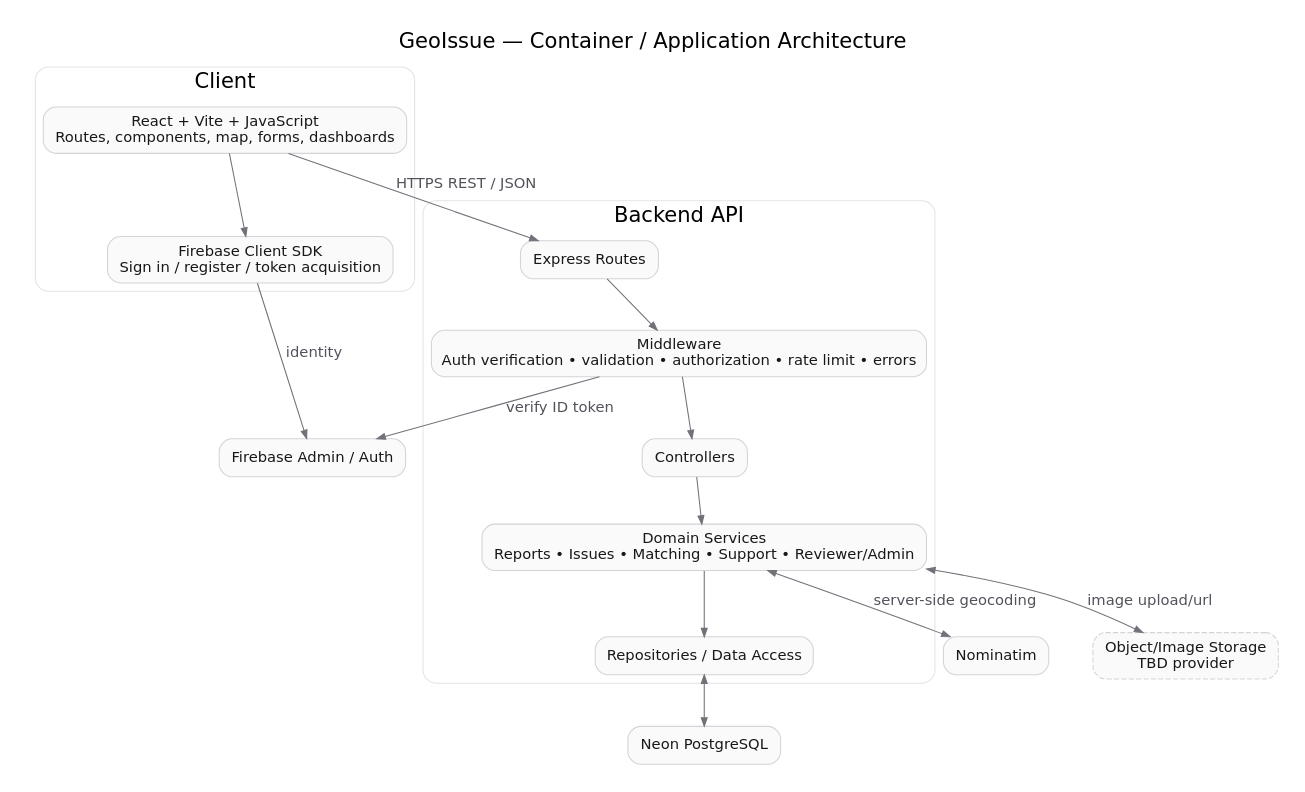
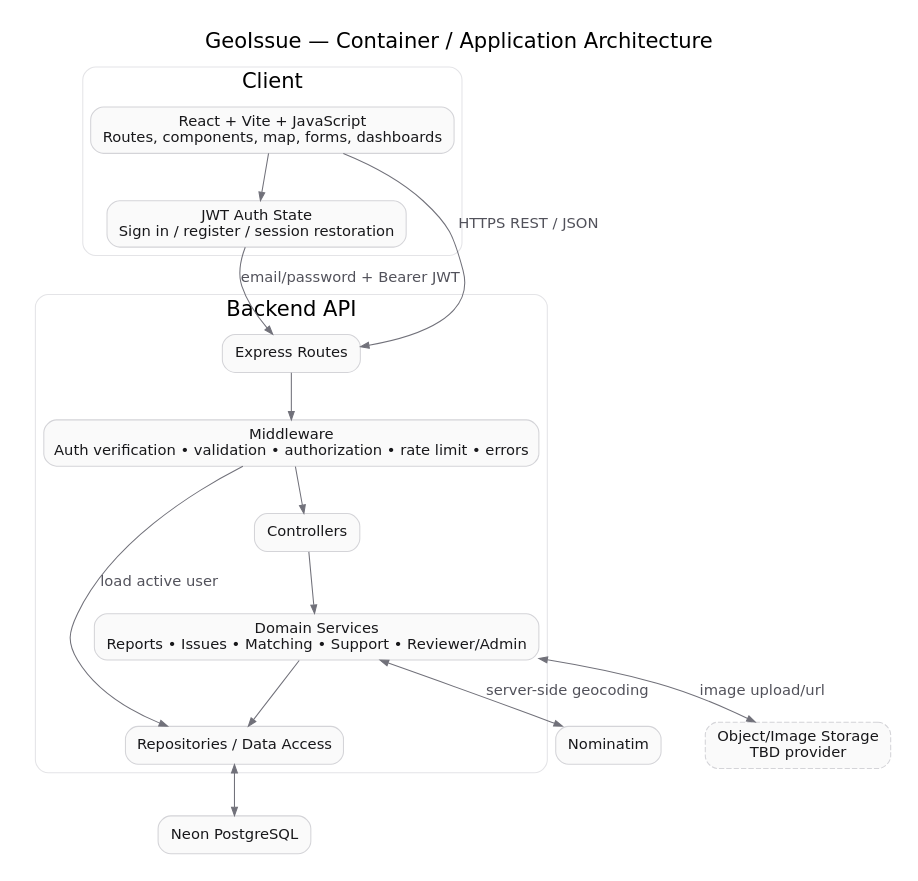
One commit to ff7hpp/GeoIssue changed the diagram in docs/reference/diagrams/02_Container_Architecture.dot. Above: the diagram before and after it, drawn with Graphviz. The commit also changed 56 other files, not shown here.

```diff
--- a/docs/reference/diagrams/02_Container_Architecture.dot
+++ b/docs/reference/diagrams/02_Container_Architecture.dot
@@ -1,36 +1,35 @@
 digraph G {
 
     graph [fontname="DejaVu Sans", bgcolor="white", pad="0.25", nodesep="0.45", ranksep="0.60"];
     node  [fontname="DejaVu Sans", shape=box, style="rounded,filled", fillcolor="#FAFAFA", color="#D4D4D8", fontcolor="#18181B", margin="0.16,0.10"];
     edge  [fontname="DejaVu Sans", color="#71717A", fontcolor="#52525B", arrowsize="0.8"];
 
 rankdir=TB; labelloc="t"; label="GeoIssue — Container / Application Architecture"; fontsize=20;
 subgraph cluster_client { label="Client"; color="#E4E4E7"; style="rounded";
   ui [label="React + Vite + JavaScript
 Routes, components, map, forms, dashboards"];
-  authsdk [label="Firebase Client SDK
-Sign in / register / token acquisition"];
+  authsdk [label="JWT Auth State
+Sign in / register / session restoration"];
 }
 subgraph cluster_api { label="Backend API"; color="#E4E4E7"; style="rounded";
   routes [label="Express Routes"];
   middleware [label="Middleware
 Auth verification • validation • authorization • rate limit • errors"];
   controllers [label="Controllers"];
   services [label="Domain Services
 Reports • Issues • Matching • Support • Reviewer/Admin"];
   repos [label="Repositories / Data Access"];
   routes -> middleware -> controllers -> services -> repos;
 }
-firebase [label="Firebase Admin / Auth"];
 neon [label="Neon PostgreSQL"];
 nominatim [label="Nominatim"];
 storage [label="Object/Image Storage
 TBD provider", style="rounded,dashed,filled"];
 ui -> routes [label="HTTPS REST / JSON"];
 ui -> authsdk;
-authsdk -> firebase [label="identity"];
-middleware -> firebase [label="verify ID token"];
+authsdk -> routes [label="email/password + Bearer JWT"];
+middleware -> repos [label="load active user"];
 repos -> neon [dir=both];
 services -> nominatim [dir=both, label="server-side geocoding"];
 services -> storage [dir=both, label="image upload/url"];
 }
```
